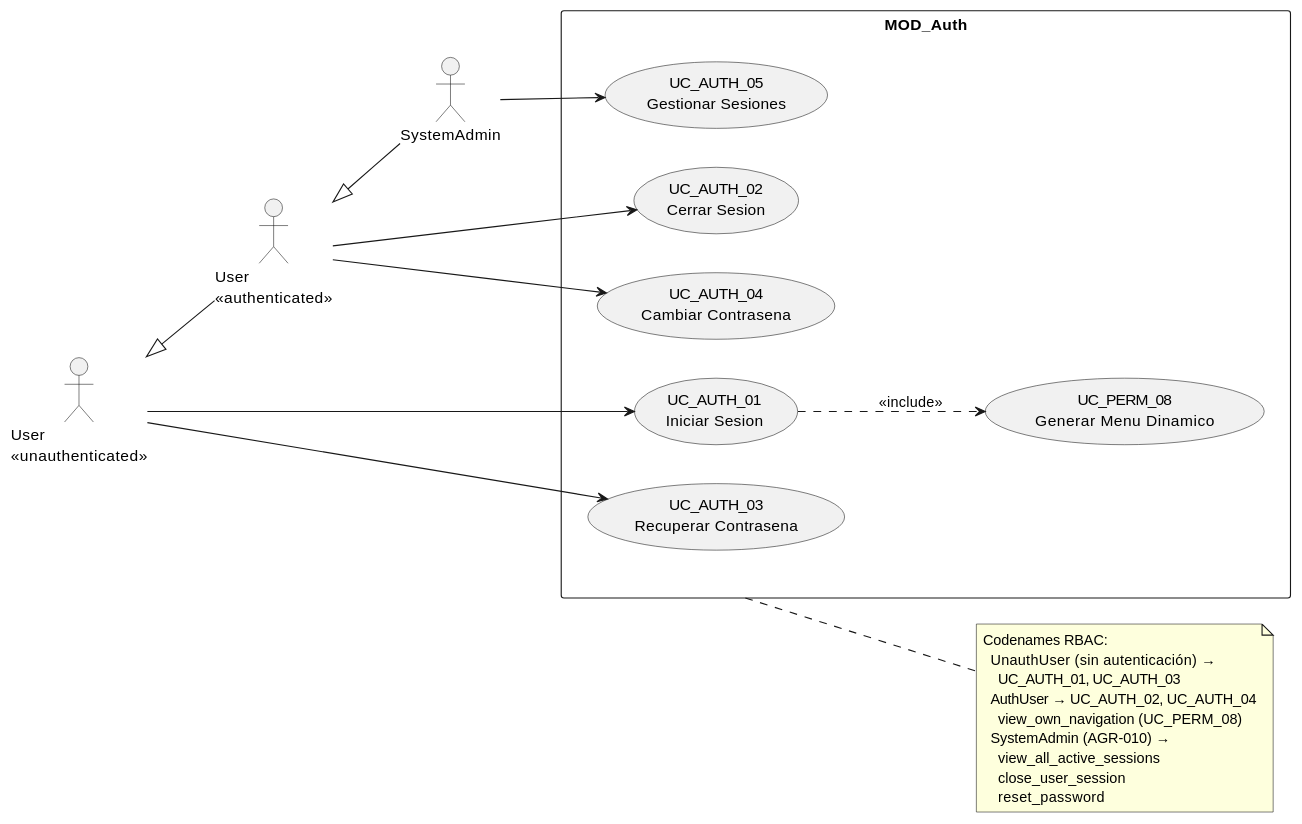
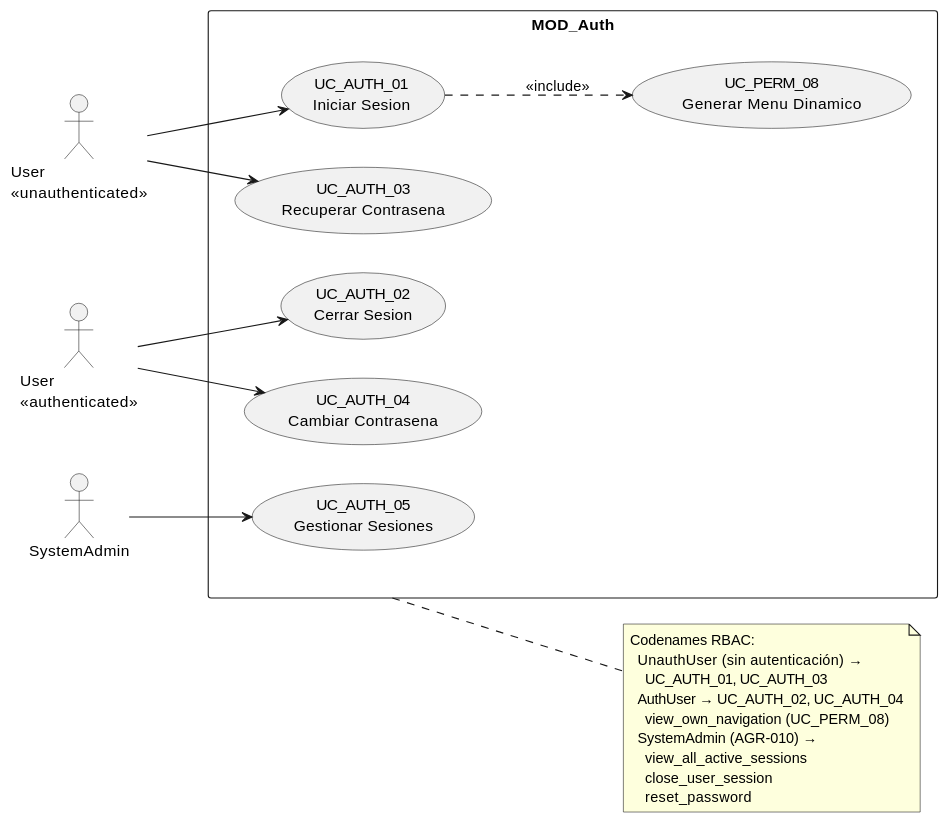
One commit to jcg-admin/IACT-docs changed the diagram in source/arquitectura-tecnica/use-case-view/auth/index.rst. Above: the diagram before and after it, drawn with PlantUML. The commit also changed 22 other files, not shown here.

```diff
--- a/source/arquitectura-tecnica/use-case-view/auth/index.rst
+++ b/source/arquitectura-tecnica/use-case-view/auth/index.rst
@@ -23,44 +23,41 @@
 .. uml::
  :caption: MOD_Auth — actores con jerarquía
            Usuario → Autenticado → SystemAdmin.
 
  @startuml
  left to right direction
 
  actor "User\n<<unauthenticated>>" as UnauthUser
  actor "User\n<<authenticated>>"   as AuthUser
  actor SystemAdmin
-
- UnauthUser <|-- AuthUser
- AuthUser   <|-- SystemAdmin
 
  rectangle "MOD_Auth" {
    usecase "UC_AUTH_01\nIniciar Sesion" as INICIAR_SESION
    usecase "UC_AUTH_02\nCerrar Sesion" as CERRAR_SESION
    usecase "UC_AUTH_03\nRecuperar Contrasena" as RECUPERAR_CONTRASENA
    usecase "UC_AUTH_04\nCambiar Contrasena" as CAMBIAR_CONTRASENA
    usecase "UC_AUTH_05\nGestionar Sesiones" as GESTIONAR_SESIONES
    usecase "UC_PERM_08\nGenerar Menu Dinamico" as GENERAR_MENU_DINAMICO
  }
 
  UnauthUser --> INICIAR_SESION
  UnauthUser --> RECUPERAR_CONTRASENA
  AuthUser   --> CERRAR_SESION
  AuthUser   --> CAMBIAR_CONTRASENA
  SystemAdmin --> GESTIONAR_SESIONES
 
  INICIAR_SESION ..> GENERAR_MENU_DINAMICO : <<include>>
 
  note right of MOD_Auth
    Codenames RBAC:
      UnauthUser (sin autenticación) →
        UC_AUTH_01, UC_AUTH_03
      AuthUser → UC_AUTH_02, UC_AUTH_04
        view_own_navigation (UC_PERM_08)
      SystemAdmin (AGR-010) →
        view_all_active_sessions
        close_user_session
        reset_password
  end note
 
  @enduml
```
